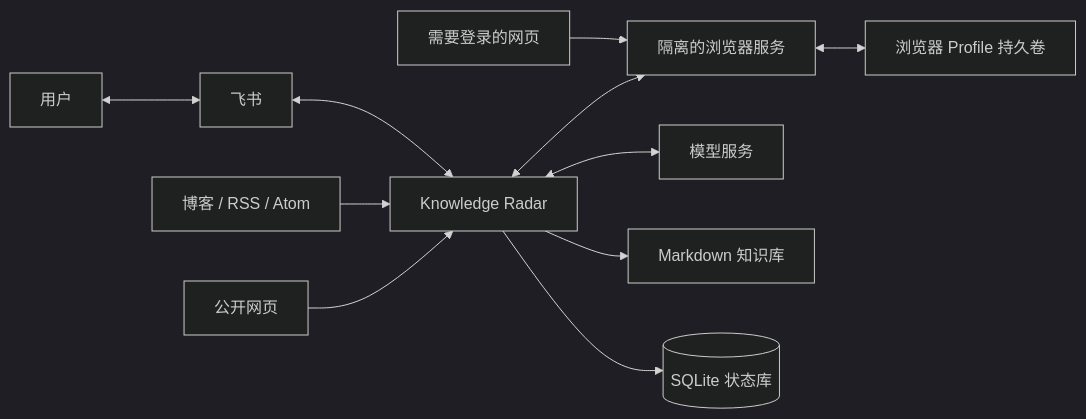
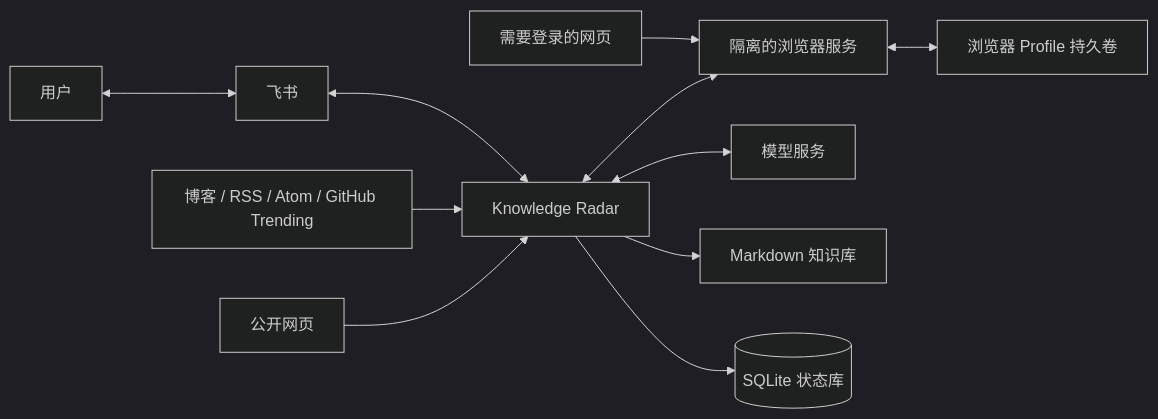
Before and after one commit to Aries-441/knowledge-radar: the first of 6 diagrams in docs/architecture.md, drawn with Mermaid (dark theme). The commit also changed 50 other files, not shown here.

Commit message:
feat: add GitHub Trending source, periodic digest schedules and card themes

````diff
--- a/docs/architecture.md
+++ b/docs/architecture.md
@@ -16,13 +16,13 @@
 ```mermaid
 flowchart LR
     User[用户] <--> Feishu[飞书]
     Feishu <--> Radar[Knowledge Radar]
-    Feeds[博客 / RSS / Atom] --> Radar
+    Feeds[博客 / RSS / Atom / GitHub Trending] --> Radar
     PublicWeb[公开网页] --> Radar
     AuthWeb[需要登录的网页] --> Browser
     Radar <--> Model[模型服务]
     Radar --> KB[Markdown 知识库]
     Radar --> State[(SQLite 状态库)]
     Radar <--> Browser[隔离的浏览器服务]
     Browser <--> Profiles[浏览器 Profile 持久卷]
 ```
````
